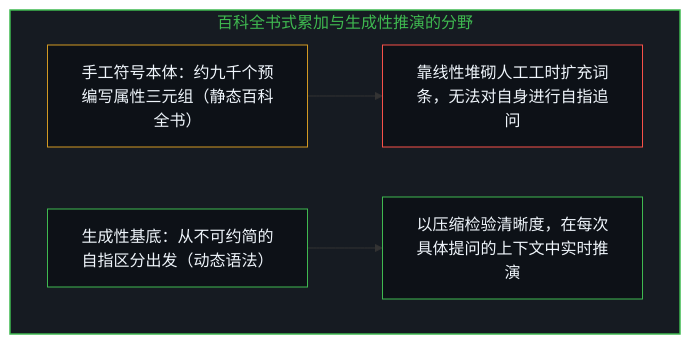
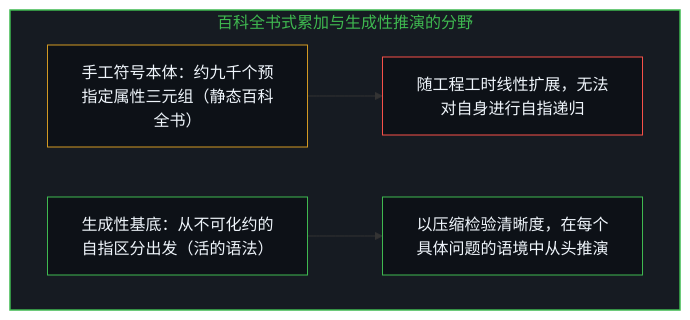
Before and after one commit to powerpig99/not-a-toe: the third of 4 diagrams in content/posts/agents_leia_ontological_clarity.md, drawn with Mermaid. The commit also changed other lines of this file and 2 other files, not shown here.

````diff
--- a/content/posts/agents_leia_ontological_clarity.md
+++ b/content/posts/agents_leia_ontological_clarity.md
@@ -75,12 +75,12 @@
 ```mermaid
 graph TD
     subgraph S_Ground["百科全书式累加与生成性推演的分野"]
-        E1["手工符号本体：约九千个预编写属性三元组（静态百科全书）"] --> E2["靠线性堆砌人工工时扩充词条，无法对自身进行自指追问"]
-        G1["生成性基底：从不可约简的自指区分出发（动态语法）"] --> G2["以压缩检验清晰度，在每次具体提问的上下文中实时推演"]
+        E1["手工符号本体：约九千个预指定属性三元组（静态百科全书）"] --> E2["随工程工时线性扩展，无法对自身进行自指递归"]
+        G1["生成性基底：从不可化约的自指区分出发（活的语法）"] --> G2["以压缩检验清晰度，在每个具体问题的语境中从头推演"]
     end
     style S_Ground fill:#161b22,stroke:#3fb950,stroke-width:1.5px,color:#3fb950
     style E1 fill:#0d1117,stroke:#d29922,stroke-width:1px,color:#f0f6fc
     style E2 fill:#0d1117,stroke:#f85149,stroke-width:1px,color:#f0f6fc
     style G1 fill:#0d1117,stroke:#3fb950,stroke-width:1px,color:#f0f6fc
     style G2 fill:#0d1117,stroke:#3fb950,stroke-width:1px,color:#f0f6fc
 ```
````
